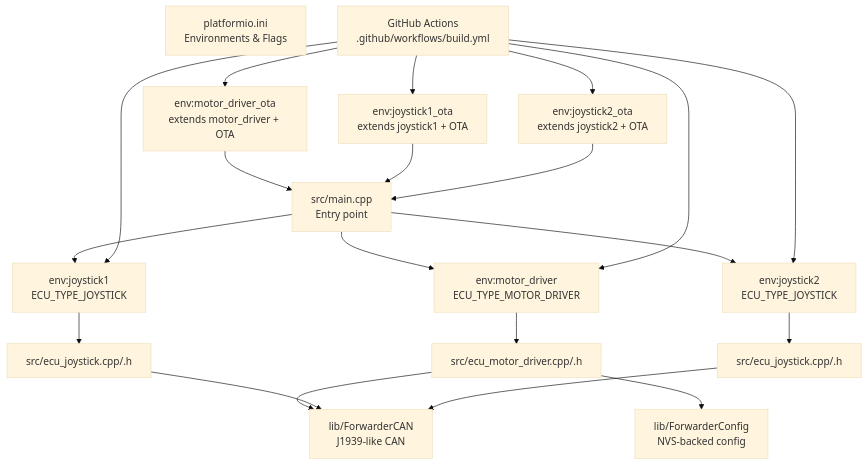
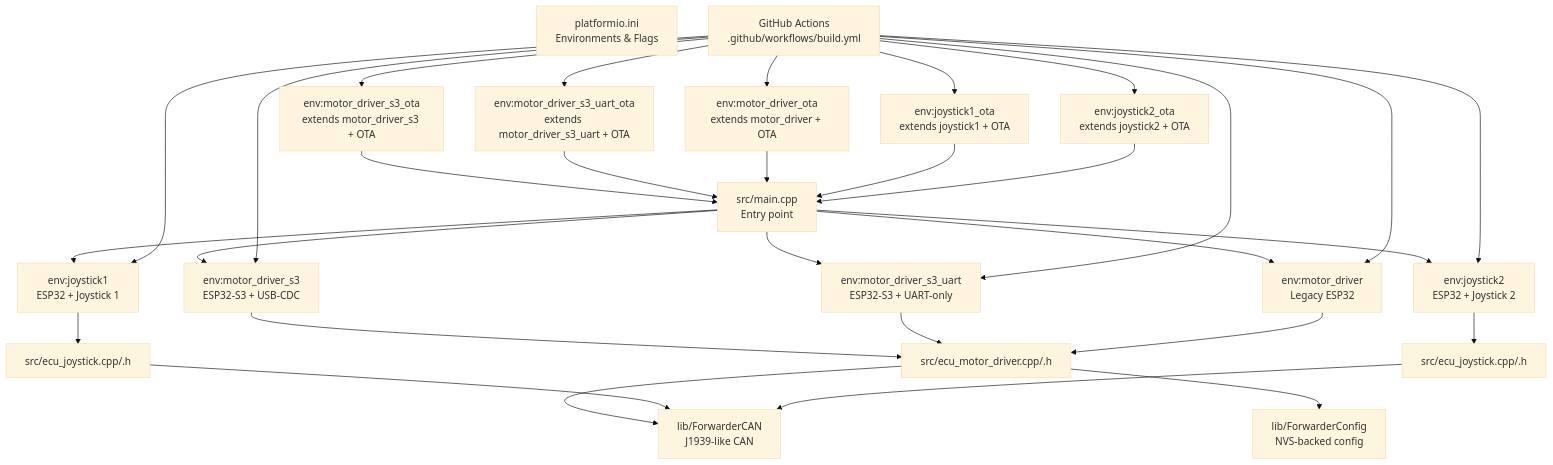
The first of 8 diagrams in .qoder/repowiki/en/content/Software Architecture/Build System Configuration.md (gunicsba/ESP_CAN_ECU_joystick_collection), drawn with Mermaid (base theme) before and after one commit. The commit also changed other lines of this file and 11 other files, not shown here.

````diff
--- a/.qoder/repowiki/en/content/Software Architecture/Build System Configuration.md
+++ b/.qoder/repowiki/en/content/Software Architecture/Build System Configuration.md
@@ -39,33 +48,47 @@
 ```mermaid
 graph TB
 PIO["platformio.ini<br/>Environments & Flags"]
 SRC_MAIN["src/main.cpp<br/>Entry point"]
-ENV_MD["env:motor_driver<br/>ECU_TYPE_MOTOR_DRIVER"]
-ENV_J1["env:joystick1<br/>ECU_TYPE_JOYSTICK"]
-ENV_J2["env:joystick2<br/>ECU_TYPE_JOYSTICK"]
-ENV_MDO["env:motor_driver_ota<br/>extends motor_driver + OTA"]
+ENV_MD_S3["env:motor_driver_s3<br/>ESP32-S3 + USB-CDC"]
+ENV_MD_S3_UART["env:motor_driver_s3_uart<br/>ESP32-S3 + UART-only"]
+ENV_MD_LEG["env:motor_driver<br/>Legacy ESP32"]
+ENV_J1["env:joystick1<br/>ESP32 + Joystick 1"]
+ENV_J2["env:joystick2<br/>ESP32 + Joystick 2"]
+ENV_MDO_S3["env:motor_driver_s3_ota<br/>extends motor_driver_s3 + OTA"]
+ENV_MDO_S3_UART["env:motor_driver_s3_uart_ota<br/>extends motor_driver_s3_uart + OTA"]
+ENV_MDO_LEG["env:motor_driver_ota<br/>extends motor_driver + OTA"]
 ENV_J1O["env:joystick1_ota<br/>extends joystick1 + OTA"]
 ENV_J2O["env:joystick2_ota<br/>extends joystick2 + OTA"]
 LIB_CAN["lib/ForwarderCAN<br/>J1939-like CAN"]
 LIB_CFG["lib/ForwarderConfig<br/>NVS-backed config"]
-SRC_MAIN --> ENV_MD
+SRC_MAIN --> ENV_MD_S3
+SRC_MAIN --> ENV_MD_S3_UART
+SRC_MAIN --> ENV_MD_LEG
 SRC_MAIN --> ENV_J1
 SRC_MAIN --> ENV_J2
-ENV_MDO --> SRC_MAIN
+ENV_MDO_S3 --> SRC_MAIN
+ENV_MDO_S3_UART --> SRC_MAIN
+ENV_MDO_LEG --> SRC_MAIN
 ENV_J1O --> SRC_MAIN
 ENV_J2O --> SRC_MAIN
-ENV_MD --> SRC_MD["src/ecu_motor_driver.cpp/.h"]
+ENV_MD_S3 --> SRC_MD["src/ecu_motor_driver.cpp/.h"]
+ENV_MD_S3_UART --> SRC_MD
+ENV_MD_LEG --> SRC_MD
 ENV_J1 --> SRC_J1["src/ecu_joystick.cpp/.h"]
 ENV_J2 --> SRC_J2["src/ecu_joystick.cpp/.h"]
 SRC_MD --> LIB_CAN
 SRC_MD --> LIB_CFG
 SRC_J1 --> LIB_CAN
 SRC_J2 --> LIB_CAN
 CI["GitHub Actions<br/>.github/workflows/build.yml"]
-CI --> ENV_MD
+CI --> ENV_MD_S3
+CI --> ENV_MD_S3_UART
+CI --> ENV_MD_LEG
 CI --> ENV_J1
 CI --> ENV_J2
-CI --> ENV_MDO
+CI --> ENV_MDO_S3
+CI --> ENV_MDO_S3_UART
+CI --> ENV_MDO_LEG
 CI --> ENV_J1O
 CI --> ENV_J2O
 ```
````
